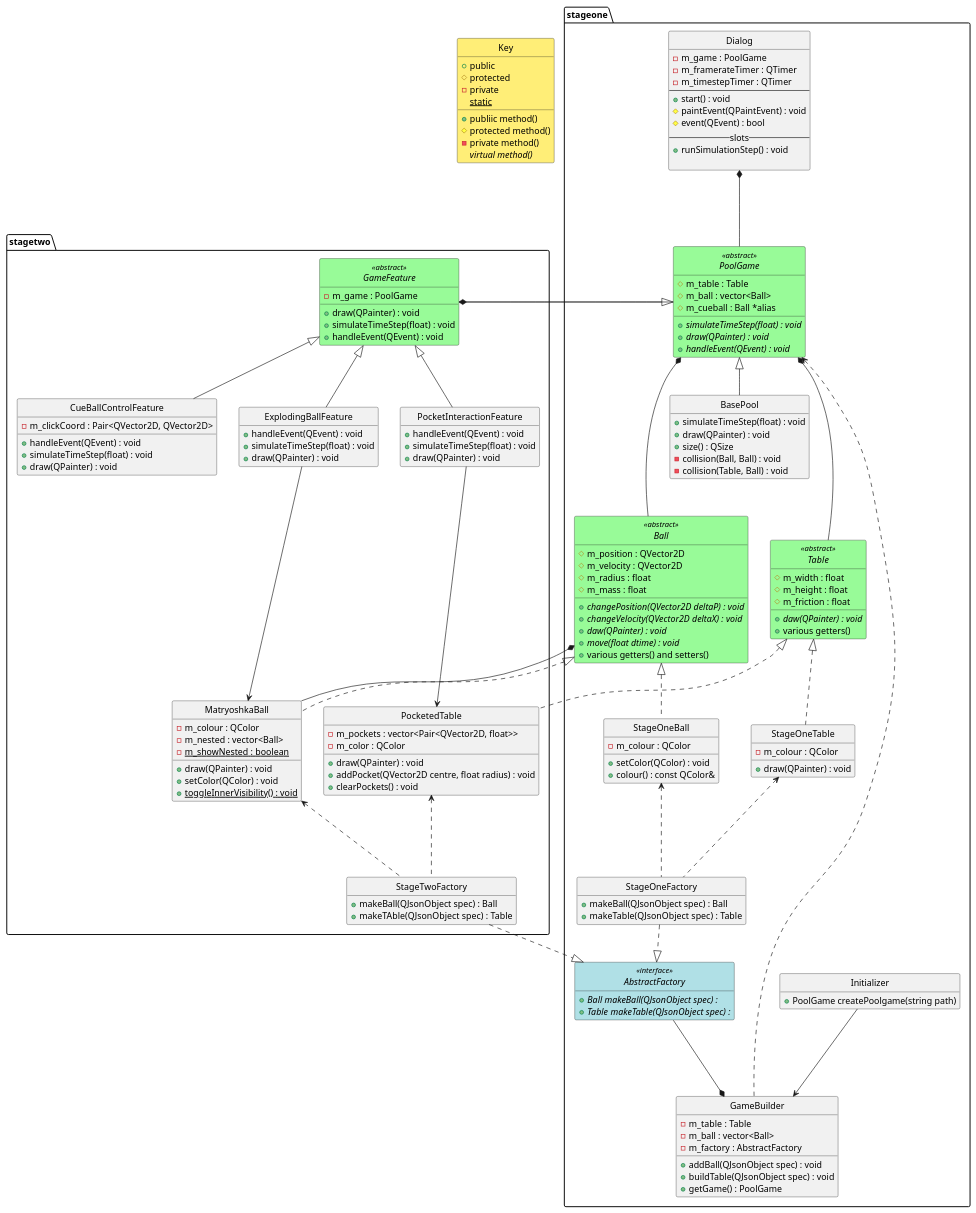
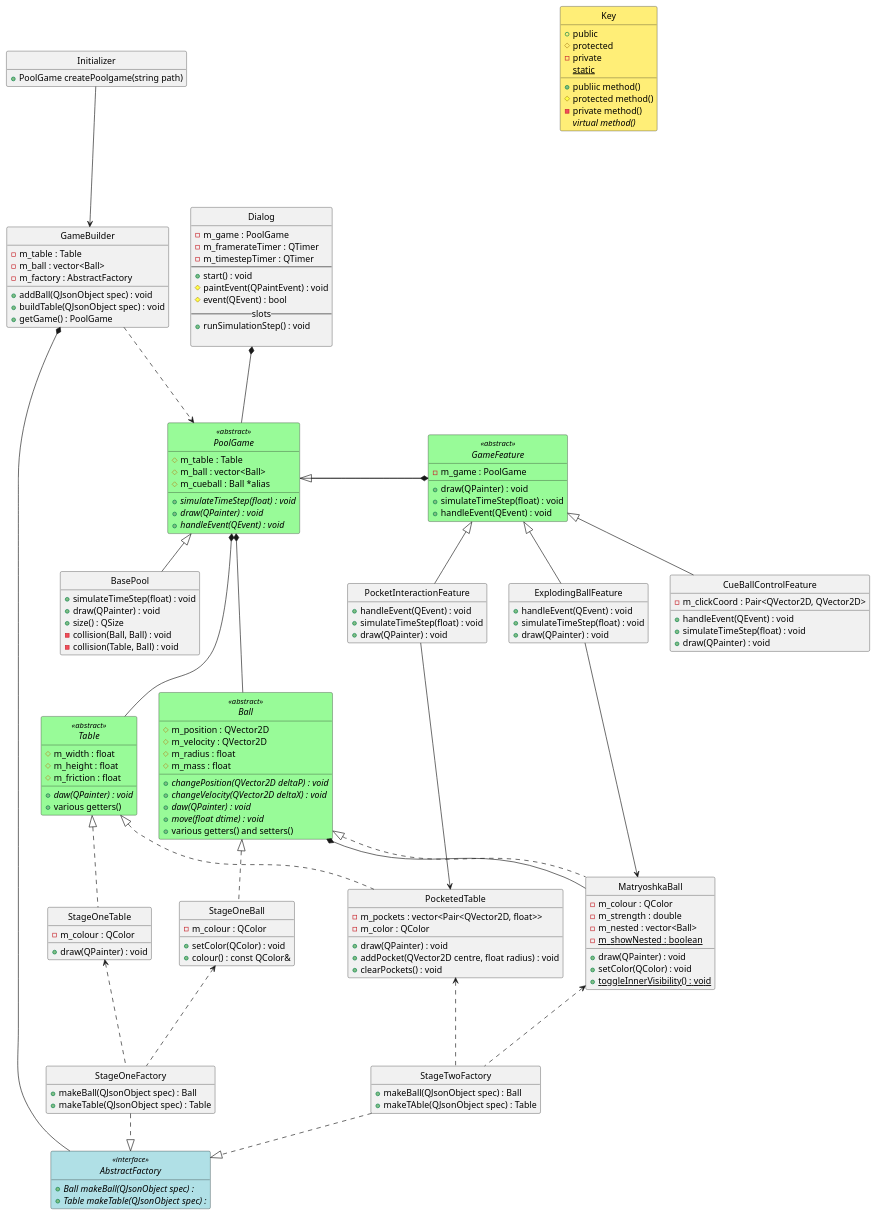
One commit to KittenHero/QtPoolGame changed the diagram in class.puml. Above: the diagram before and after it, drawn with PlantUML.

Commit message:
removed ugly

```diff
--- a/class.puml
+++ b/class.puml
@@ -1,6 +1,6 @@
 @startuml
 
-package stageone {
+together {
     class Initializer {
         +PoolGame createPoolgame(string path)
     }
@@ -91,7 +91,7 @@
     
 }
 
-package stagetwo {
+together {
 
     class StageTwoFactory {
         + makeBall(QJsonObject spec) : Ball
@@ -126,6 +126,7 @@
     
     class MatryoshkaBall {
         -m_colour : QColor
+        -m_strength : double
         -m_nested : vector<Ball>
         -{static} m_showNested : boolean
         
@@ -143,6 +144,7 @@
         +clearPockets() : void
     }
 }
+
 Initializer                 --->    GameBuilder
 
 Dialog                      *---    PoolGame
@@ -167,7 +169,7 @@
 PocketInteractionFeature    --->    PocketedTable
 
 AbstractFactory             ---*    GameBuilder
-PoolGame                    <...    GameBuilder
+GameBuilder                 ...>    PoolGame
 
 StageOneFactory             ..|>    AbstractFactory
 StageTwoFactory             ..|>    AbstractFactory
@@ -177,17 +179,17 @@
 
 PocketedTable               <...    StageTwoFactory
 MatryoshkaBall              <...    StageTwoFactory
-
-
-class Key #ffee77 {
-	+public
-	#protected
-	-private
-	+publiic method()
-	#protected method()
-	-private method()
-	{abstract} virtual method()
-	{static} static
+together {
+    class Key #ffee77 {
+    	+public
+    	#protected
+    	-private
+    	+publiic method()
+    	#protected method()
+    	-private method()
+    	{abstract} virtual method()
+    	{static} static
+    }
 }
 
 skinparam Class {
```
